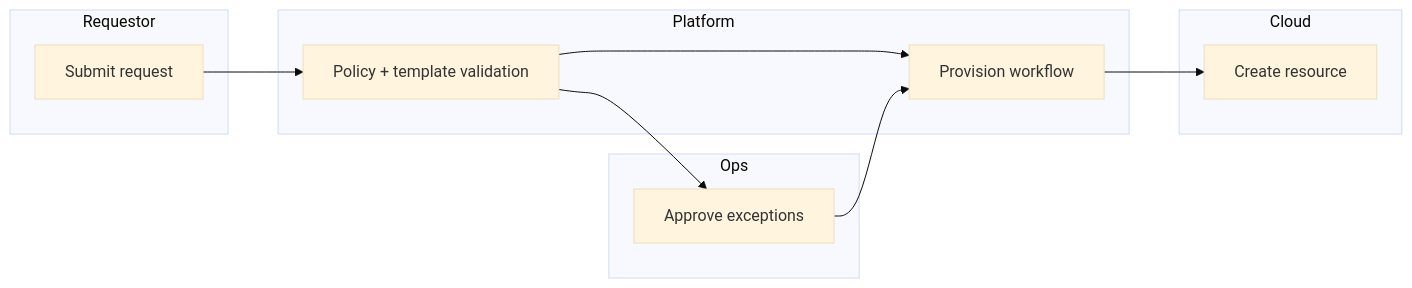
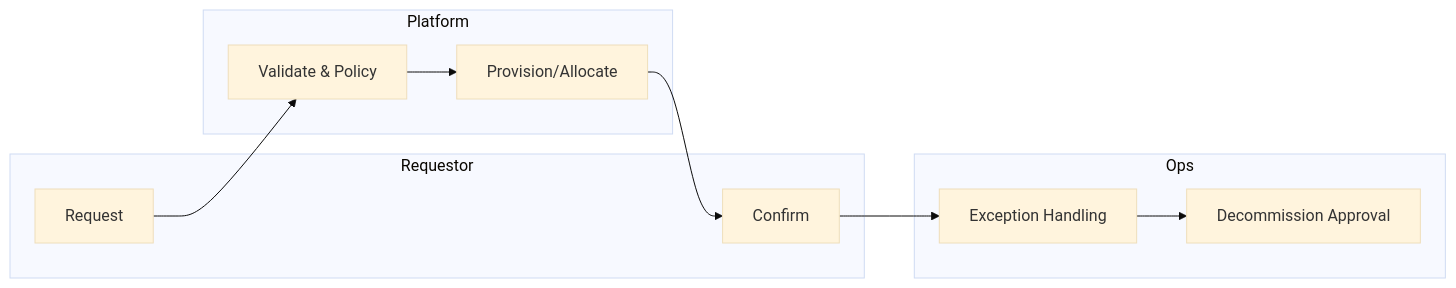
The diagram in Resource Lifecycle Management Platform/analysis/swimlane-diagrams.md (0Ankit0/Project-Ideas), drawn with Mermaid (base theme) before and after one commit. The commit also changed other lines of this file and 37 other files, not shown here.

````diff
--- a/Resource Lifecycle Management Platform/analysis/swimlane-diagrams.md
+++ b/Resource Lifecycle Management Platform/analysis/swimlane-diagrams.md
@@ -3,18 +34,16 @@
 ```mermaid
 flowchart LR
   subgraph Requestor
-    A[Submit request]
+    R1[Request]
+    R2[Confirm]
   end
   subgraph Platform
-    B[Policy + template validation]
-    C[Provision workflow]
+    P1[Validate & Policy]
+    P2[Provision/Allocate]
   end
   subgraph Ops
-    D[Approve exceptions]
+    O1[Exception Handling]
+    O2[Decommission Approval]
   end
-  subgraph Cloud
-    E[Create resource]
-  end
-  A --> B --> C --> E
-  B --> D --> C
+  R1 --> P1 --> P2 --> R2 --> O1 --> O2
 ```
````
